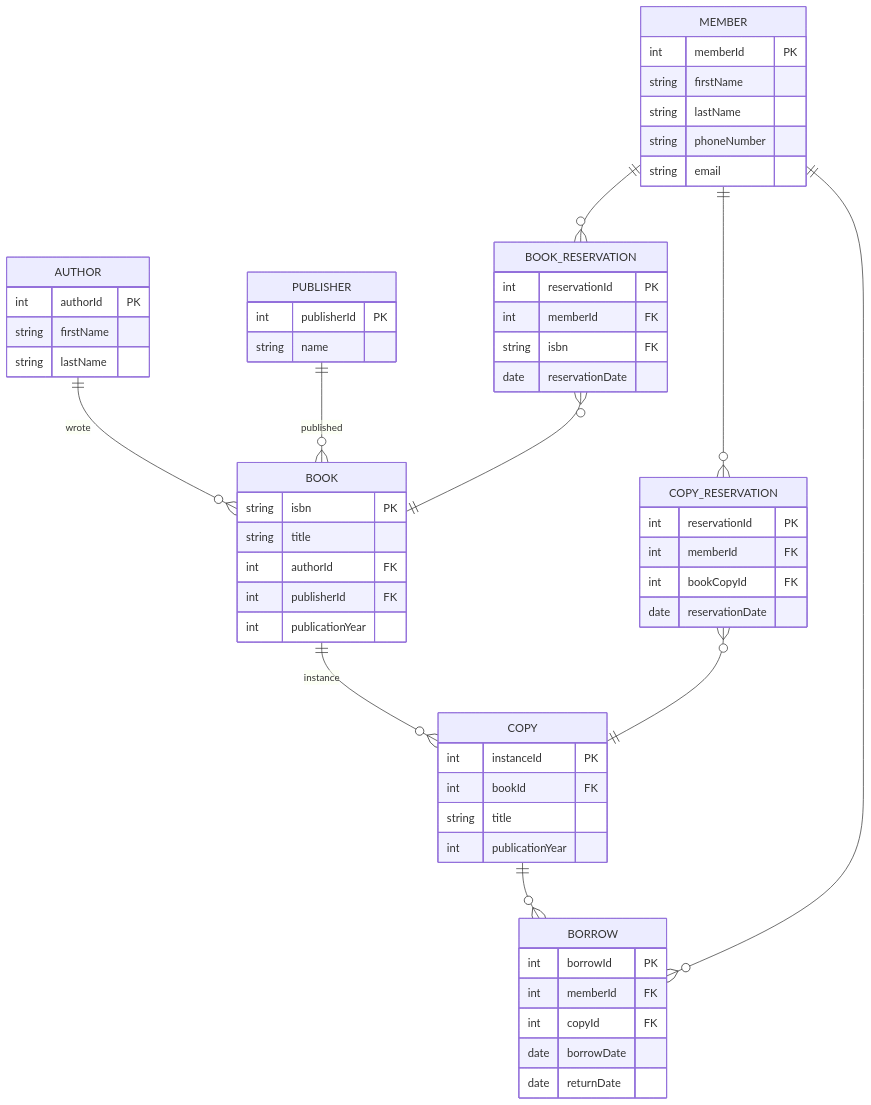
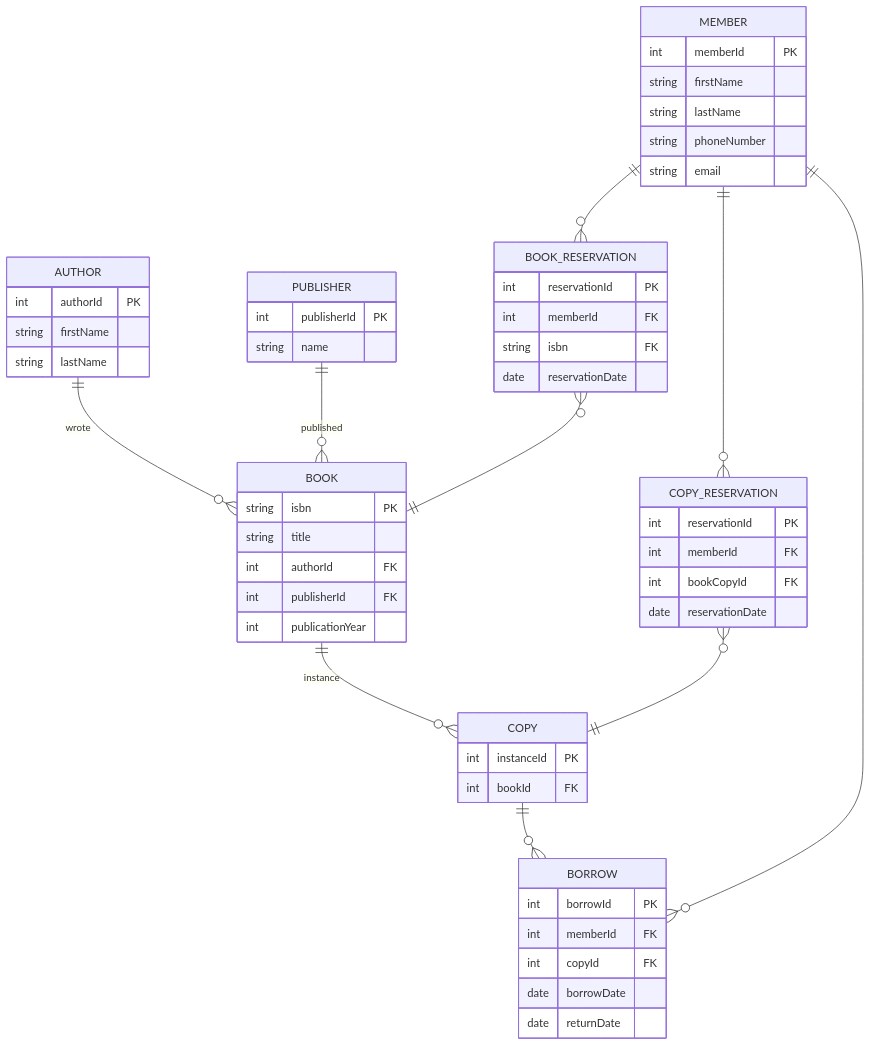
Before and after one commit to BytecodeBeaver/library-api: the diagram in docs/entity_relationships.md, drawn with Mermaid. The commit also changed other lines of this file, not shown here.

````diff
--- a/docs/entity_relationships.md
+++ b/docs/entity_relationships.md
@@ -1,68 +1,66 @@
 ```mermaid
 erDiagram
     AUTHOR ||--o{ BOOK : wrote
     AUTHOR {
         int authorId PK
         string firstName
         string lastName
     }
     
     PUBLISHER ||--o{ BOOK : published
     PUBLISHER {
         int publisherId PK
         string name
     }
     
     BOOK {
         string isbn PK
         string title
         int authorId FK
         int publisherId FK
         int publicationYear
     }
     
     BOOK ||--o{ COPY : instance
     COPY ||--o{ BORROW : ""
     COPY {
         int instanceId PK
         int bookId FK
-        string title
-        int publicationYear
     }
     
     MEMBER ||--o{ BORROW : ""
     MEMBER ||--o{ BOOK_RESERVATION : ""
     MEMBER ||--o{ COPY_RESERVATION : ""
     MEMBER {
         int memberId PK
         string firstName
         string lastName
         string phoneNumber
         string email
     }
 
     BORROW {
         int borrowId PK
         int memberId FK
         int copyId FK
         date borrowDate
         date returnDate
     }
     
     BOOK_RESERVATION }o--|| BOOK : ""
     BOOK_RESERVATION {
         int reservationId PK
         int memberId FK
         string isbn FK
         date reservationDate
     }
     
     COPY_RESERVATION }o--|| COPY : ""
     COPY_RESERVATION {
         int reservationId PK
         int memberId FK
         int bookCopyId FK
         date reservationDate
     }
 
 ```
````
